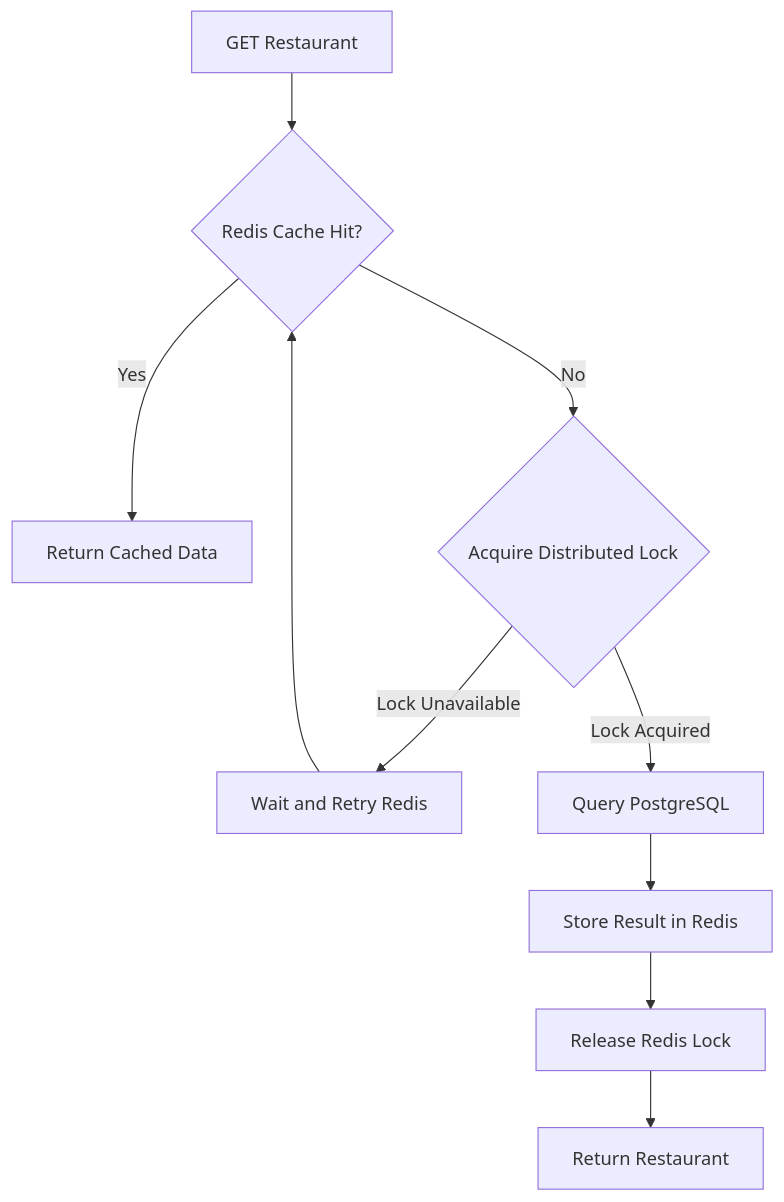
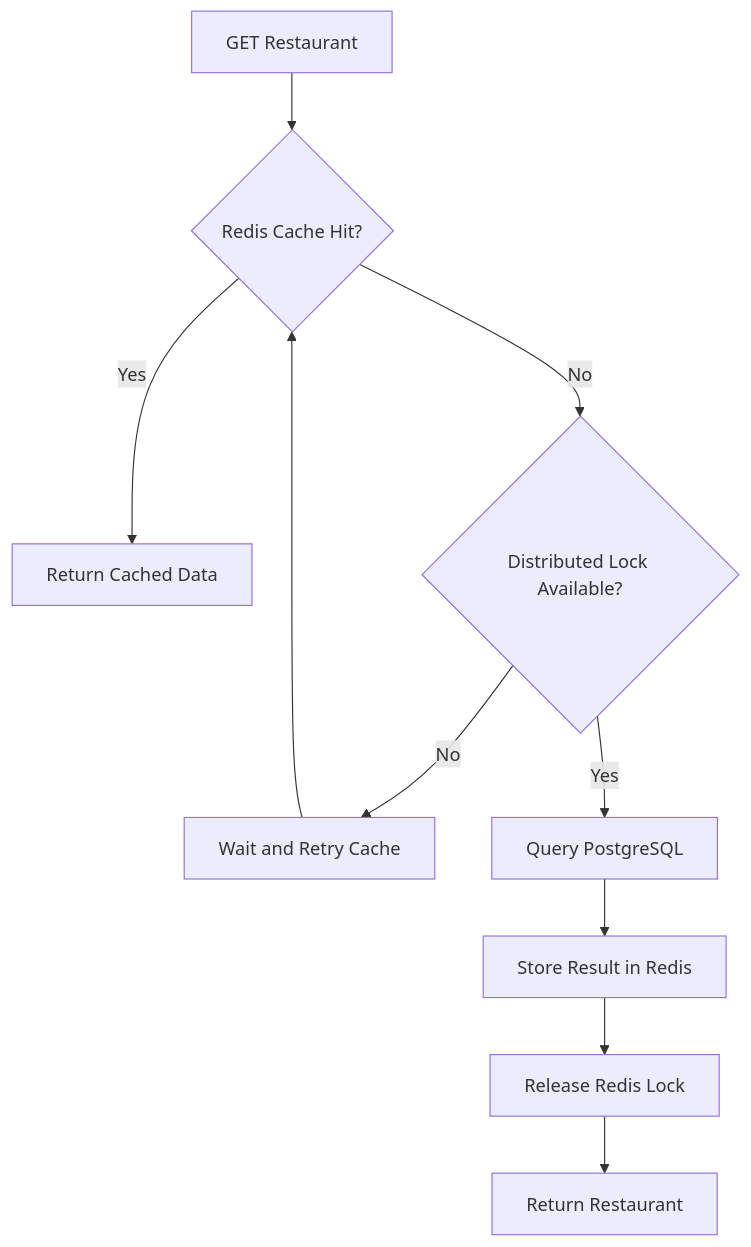
The third of 9 diagrams in README.md (SathvikHegade/food_delivary_backend), drawn with Mermaid before and after one commit. The commit also changed other lines of this file and 7 other files, not shown here.

````diff
--- a/README.md
+++ b/README.md
@@ -154,15 +185,20 @@
 ```mermaid
 flowchart TD
     A["GET Restaurant"] --> B{"Redis Cache Hit?"}
 
     B -->|Yes| C["Return Cached Data"]
-    B -->|No| D{"Acquire Distributed Lock"}
 
-    D -->|Lock Unavailable| E["Wait and Retry Redis"]
+    B -->|No| D{"Distributed Lock Available?"}
+
+    D -->|No| E["Wait and Retry Cache"]
+
     E --> B
 
-    D -->|Lock Acquired| F["Query PostgreSQL"]
+    D -->|Yes| F["Query PostgreSQL"]
+
     F --> G["Store Result in Redis"]
+
     G --> H["Release Redis Lock"]
+
     H --> I["Return Restaurant"]
 ```
````
